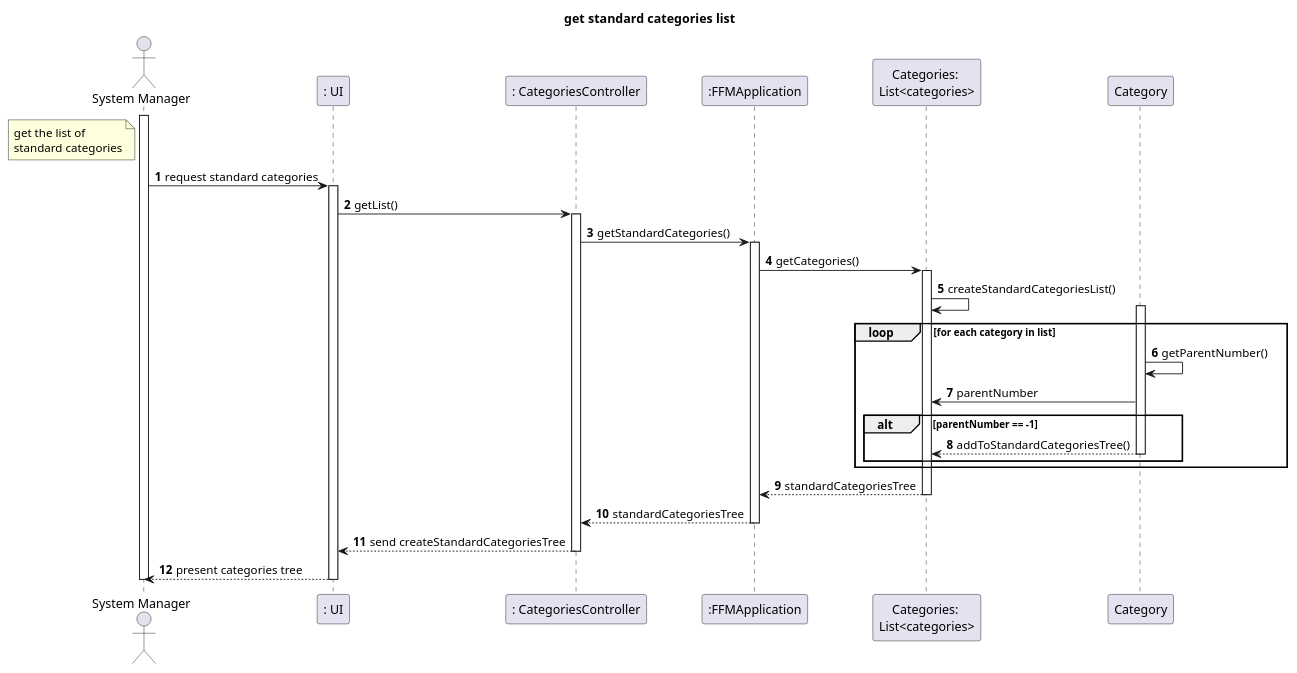
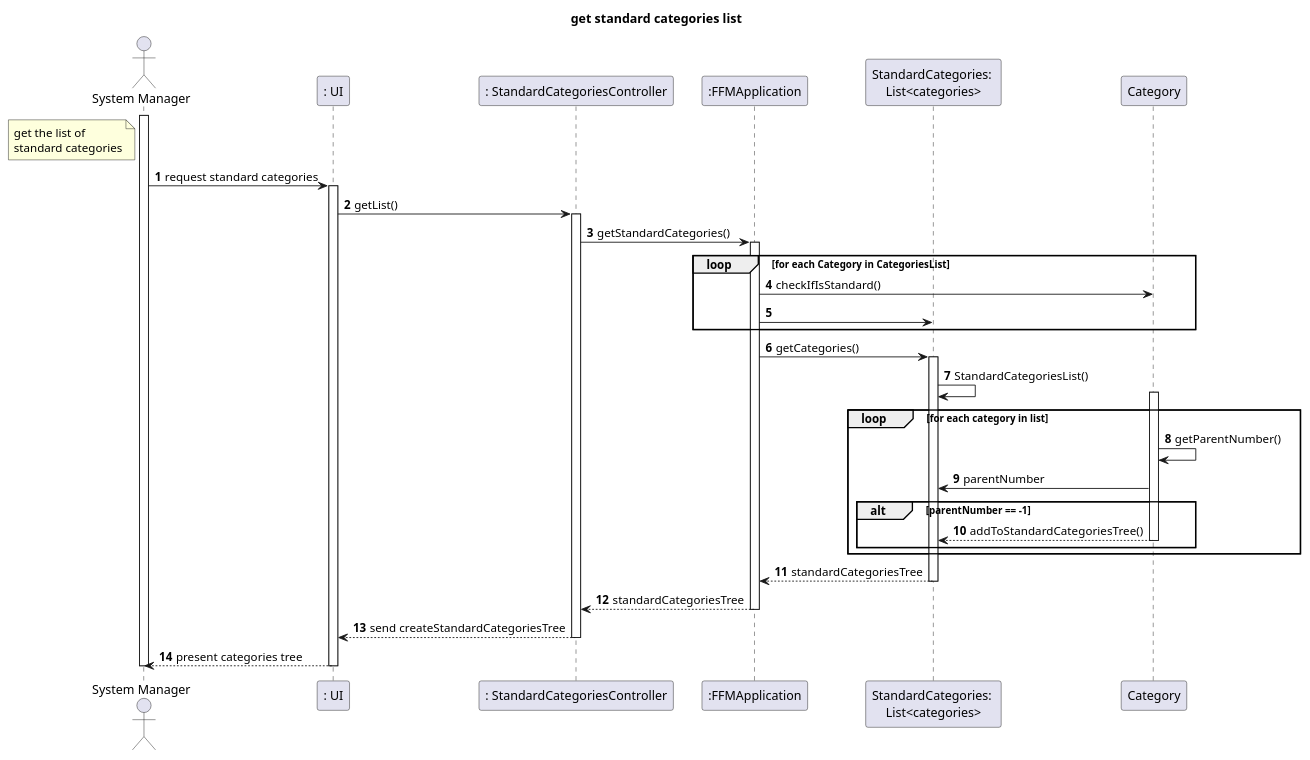
Before and after one commit to tomas-osswald/switch_2020_g3: the diagram in docs/US002 Get Standard Categories.md, drawn with PlantUML. The commit also changed other lines of this file, not shown here.

Commit message:
updated US002 doc

`````diff
--- a/docs/US002 Get Standard Categories.md
+++ b/docs/US002 Get Standard Categories.md
@@ -32,41 +32,45 @@
 ````puml
 autonumber
 title get standard categories list
 actor "System Manager" as systemManager
 participant ": UI" as ui
-participant ": CategoriesController" as controller
+participant ": StandardCategoriesController" as controller
 participant ":FFMApplication" as app
-participant "Categories: \nList<categories>" as list
+participant "StandardCategories: \nList<categories>" as list
 participant "Category" as category
 
 note left of systemManager:  get the list of \nstandard categories
 activate systemManager
 systemManager -> ui : request standard categories
 activate ui
 ui -> controller : getList()
 activate controller
 controller -> app : getStandardCategories()
 activate app
+loop for each Category in CategoriesList
+app -> category : checkIfIsStandard()
+app -> list
+end
 app -> list : getCategories()
 activate list
-list -> list : createStandardCategoriesList()
+list -> list : StandardCategoriesList()
 loop for each category in list
 activate category
          category -> category: getParentNumber()
          category -> list : parentNumber
          alt parentNumber == -1
          category --> list : addToStandardCategoriesTree()
          deactivate category
         end
        end
 list --> app : standardCategoriesTree
 deactivate list
 app --> controller : standardCategoriesTree
 deactivate app
 controller --> ui :send createStandardCategoriesTree
 deactivate controller
 ui --> systemManager : present categories tree
 deactivate ui
 deactivate systemManager
 @enduml
 ````
`````
